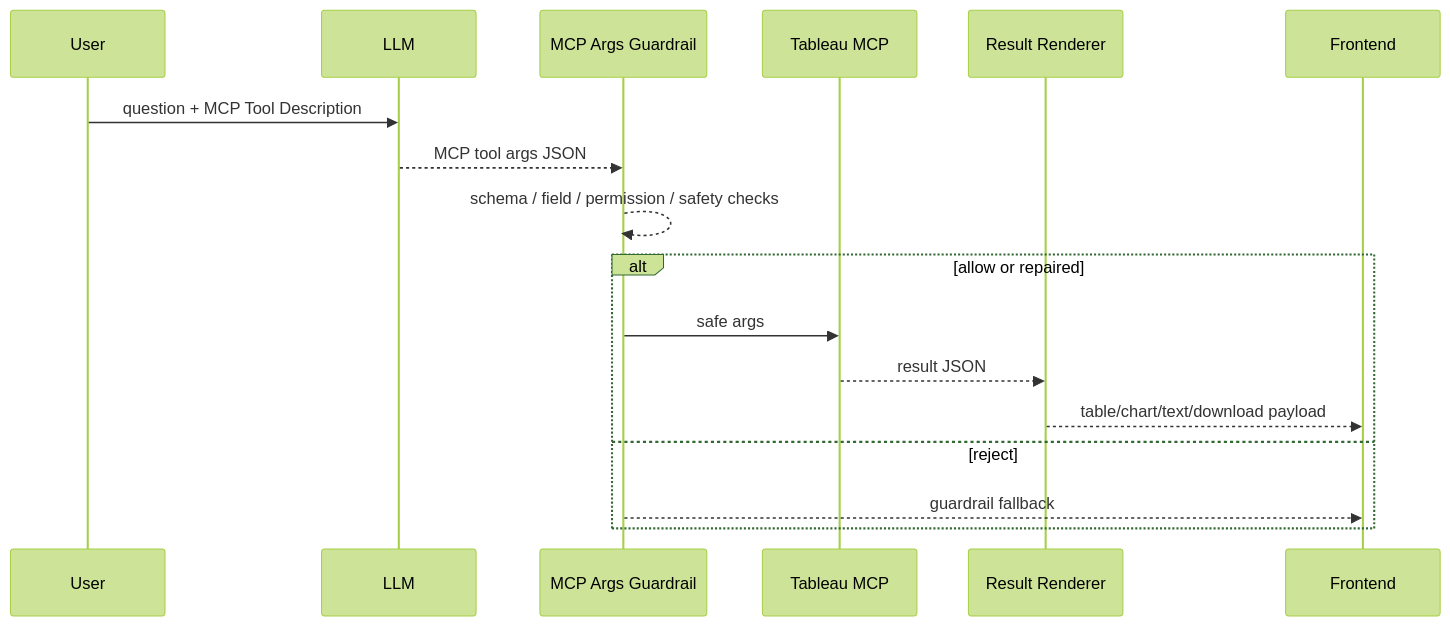
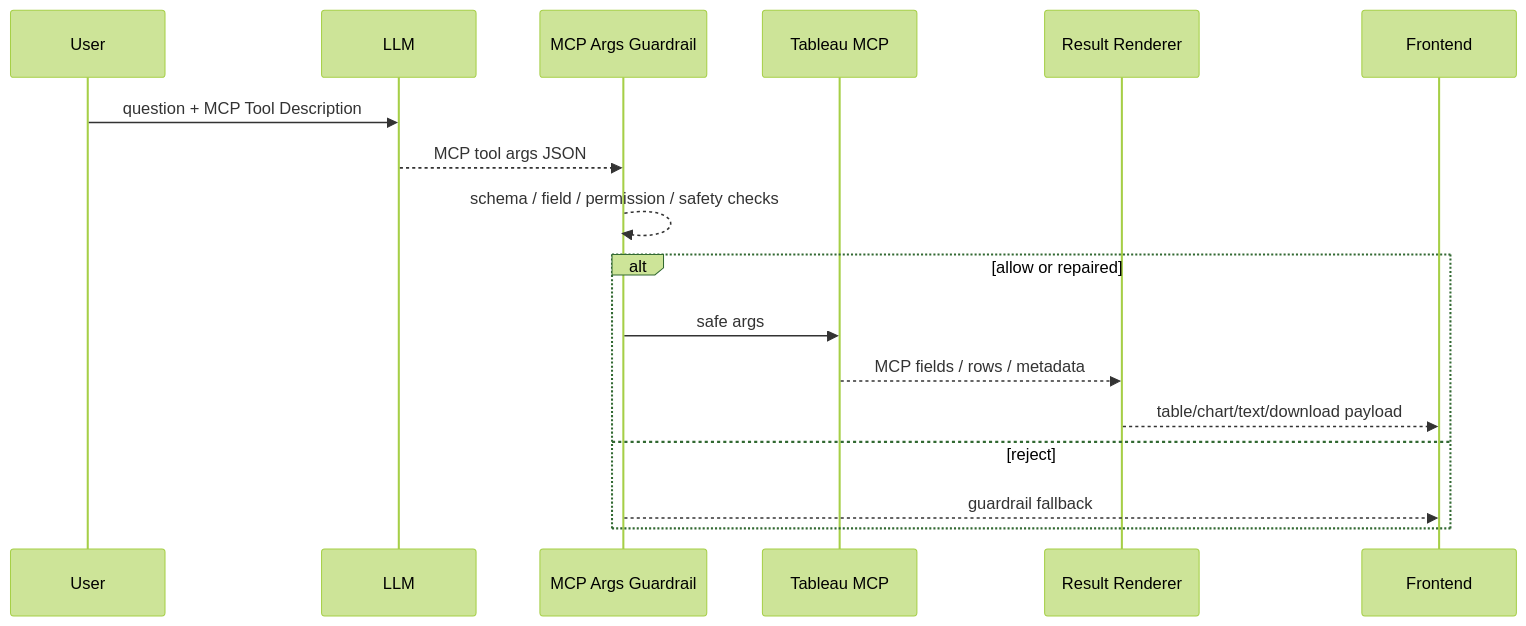
One commit to Forrest219/mulan-bi-platform changed the diagram in docs/specs/54-data-agent-transparent-mcp-proxy-plan.md. Above: the diagram before and after it, drawn with Mermaid (forest theme). The commit also changed other lines of this file and 19 other files, not shown here.

````diff
--- a/docs/specs/54-data-agent-transparent-mcp-proxy-plan.md
+++ b/docs/specs/54-data-agent-transparent-mcp-proxy-plan.md
@@ -94,20 +101,20 @@
 ```mermaid
 sequenceDiagram
     participant U as User
     participant L as LLM
     participant G as MCP Args Guardrail
     participant M as Tableau MCP
     participant R as Result Renderer
     participant F as Frontend
 
     U->>L: question + MCP Tool Description
     L-->>G: MCP tool args JSON
     G-->>G: schema / field / permission / safety checks
     alt allow or repaired
         G->>M: safe args
-        M-->>R: result JSON
+        M-->>R: MCP fields / rows / metadata
         R-->>F: table/chart/text/download payload
     else reject
         G-->>F: guardrail fallback
     end
 ```
````
